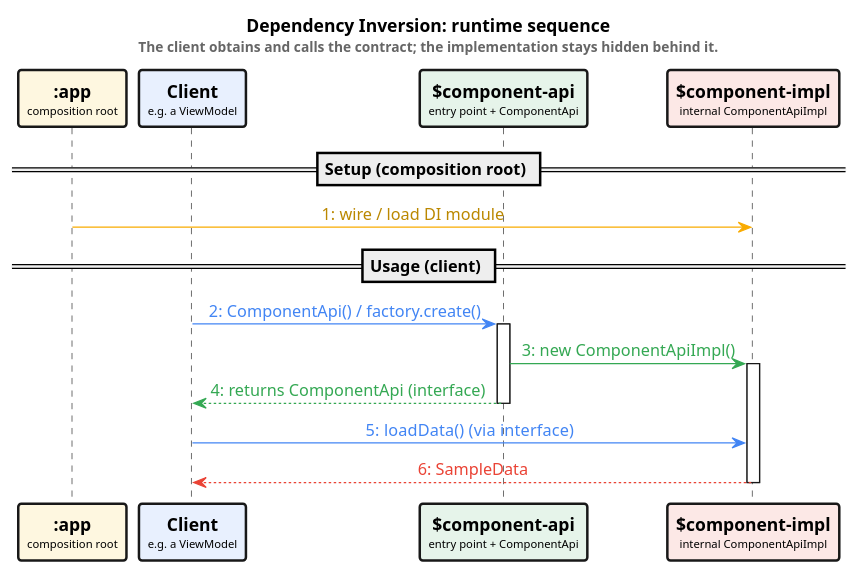
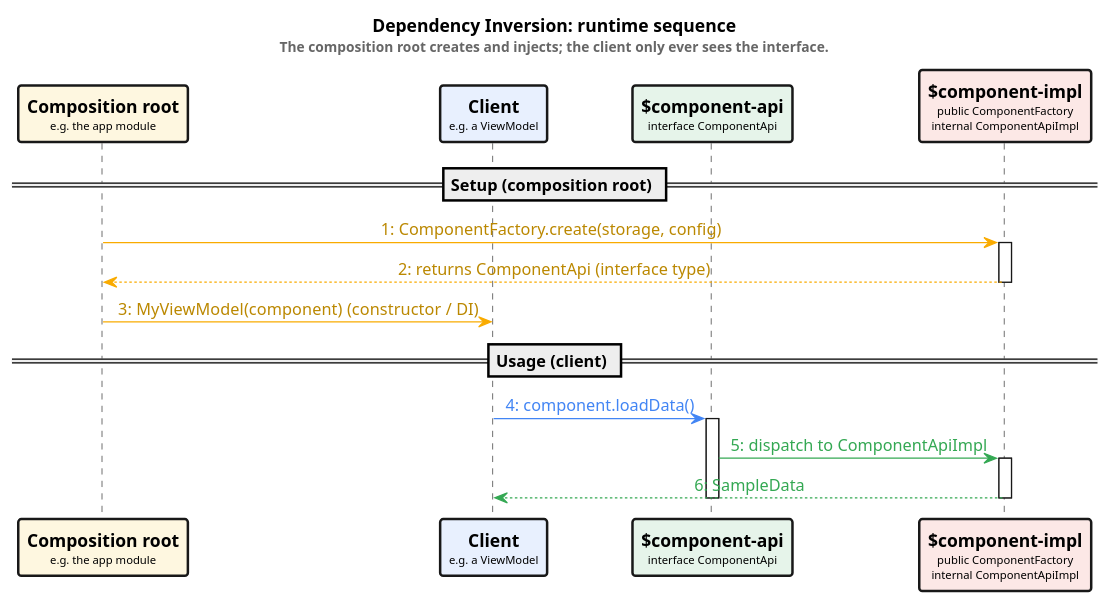
Before and after one commit to macsystems/solid-skill-collection: the diagram in skills/dependency-inversion-principle/sequence.puml, drawn with PlantUML. The commit also changed 5 other files, not shown here.

First line of the commit message:
Fix runtime sequence and wiring guidance in DIP skill (#3)

```diff
--- a/skills/dependency-inversion-principle/sequence.puml
+++ b/skills/dependency-inversion-principle/sequence.puml
@@ -1,32 +1,33 @@
 @startuml sequence
 ' Renders to sequence.png:
 '   plantuml -tpng sequence.puml
-title <b>Dependency Inversion: runtime sequence</b>\n<size:11><color:#666666>The client obtains and calls the contract; the implementation stays hidden behind it.</color></size>
+title <b>Dependency Inversion: runtime sequence</b>\n<size:11><color:#666666>The composition root creates and injects; the client only ever sees the interface.</color></size>
 
 skinparam backgroundColor white
 skinparam defaultFontName Helvetica
 skinparam shadowing false
 skinparam sequenceMessageAlign center
 skinparam ParticipantBorderThickness 2
 
-participant "<b>:app</b>\n<size:9>composition root</size>" as app #fef7e0
+participant "<b>Composition root</b>\n<size:9>e.g. the app module</size>" as app #fef7e0
 participant "<b>Client</b>\n<size:9>e.g. a ViewModel</size>" as client #e8f0fe
-participant "<b>$component-api</b>\n<size:9>entry point + ComponentApi</size>" as api #e6f4ea
-participant "<b>$component-impl</b>\n<size:9>internal ComponentApiImpl</size>" as impl #fce8e6
+participant "<b>$component-api</b>\n<size:9>interface ComponentApi</size>" as api #e6f4ea
+participant "<b>$component-impl</b>\n<size:9>public ComponentFactory</size>\n<size:9>internal ComponentApiImpl</size>" as impl #fce8e6
 
 == Setup (composition root) ==
-app -[#f9ab00]> impl : <color:#bb8800>1: wire / load DI module</color>
+app -[#f9ab00]> impl : <color:#bb8800>1: ComponentFactory.create(storage, config)</color>
+activate impl
+impl -[#f9ab00,dashed]-> app : <color:#bb8800>2: returns ComponentApi (interface type)</color>
+deactivate impl
+app -[#f9ab00]> client : <color:#bb8800>3: MyViewModel(component)  (constructor / DI)</color>
 
 == Usage (client) ==
-client -[#4285f4]> api : <color:#4285f4>2: ComponentApi() / factory.create()</color>
+client -[#4285f4]> api : <color:#4285f4>4: component.loadData()</color>
 activate api
-api -[#34a853]> impl : <color:#34a853>3: new ComponentApiImpl()</color>
+api -[#34a853]> impl : <color:#34a853>5: dispatch to ComponentApiImpl</color>
 activate impl
-api -[#34a853,dashed]-> client : <color:#34a853>4: returns ComponentApi (interface)</color>
+impl -[#34a853,dashed]-> client : <color:#34a853>6: SampleData</color>
+deactivate impl
 deactivate api
 
-client -[#4285f4]> impl : <color:#4285f4>5: loadData()  (via interface)</color>
-impl -[#ea4335,dashed]-> client : <color:#ea4335>6: SampleData</color>
-deactivate impl
-
 @enduml
```
